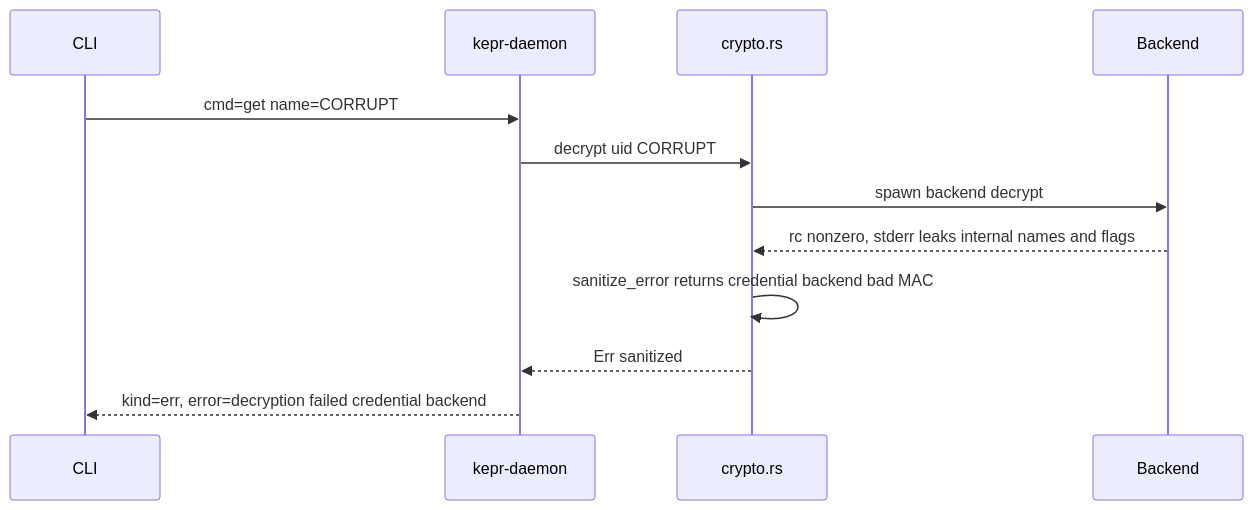
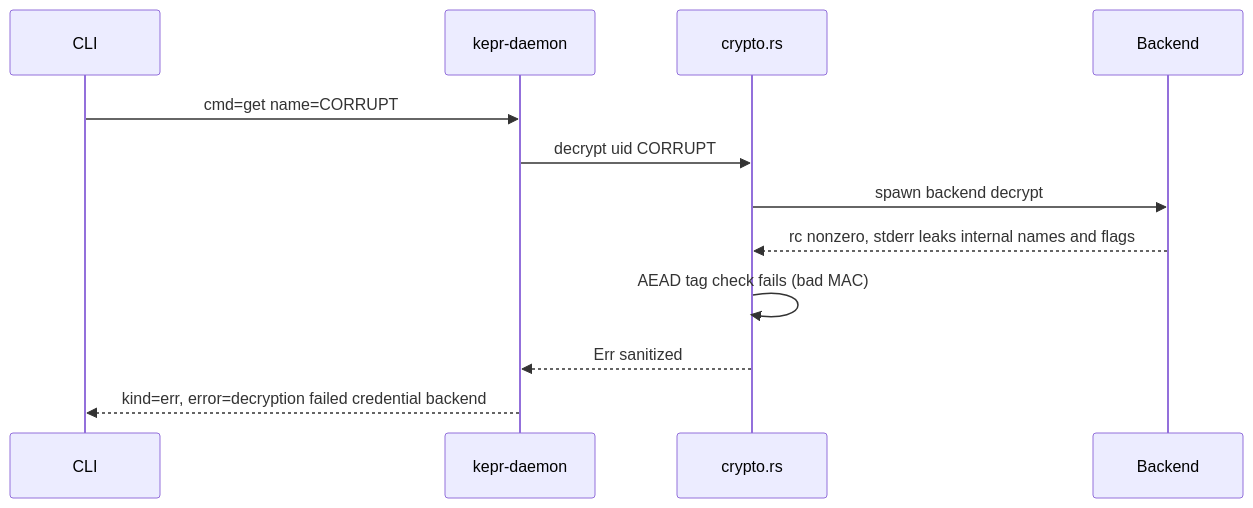
The sixth of 7 diagrams in DOCS.md (justdoGIT/kepr), drawn with Mermaid before and after one commit. The commit also changed other lines of this file and 66 other files, not shown here.

````diff
--- a/DOCS.md
+++ b/DOCS.md
@@ -373,15 +376,15 @@
 ```mermaid
 sequenceDiagram
     participant CLI
     participant D as kepr-daemon
     participant CR as crypto.rs
     participant BE as Backend
 
     CLI->>D: cmd=get name=CORRUPT
     D->>CR: decrypt uid CORRUPT
     CR->>BE: spawn backend decrypt
     BE-->>CR: rc nonzero, stderr leaks internal names and flags
-    CR->>CR: sanitize_error returns credential backend bad MAC
+    CR->>CR: AEAD tag check fails (bad MAC)
     CR-->>D: Err sanitized
     D-->>CLI: kind=err, error=decryption failed credential backend
 ```
````
